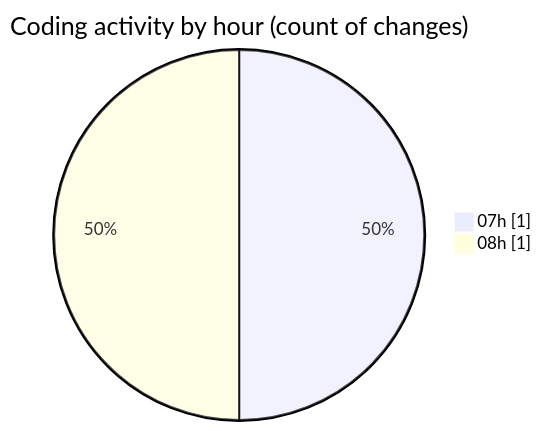
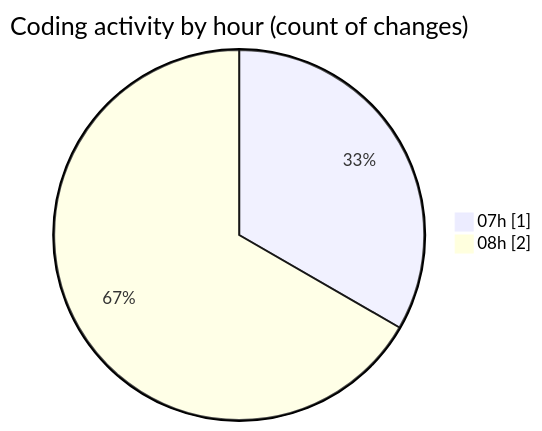
One commit to vahidmafi/code-tracking changed the second of 2 diagrams in 2025-01-24/zeytoon/README.md. Above: the diagram before and after it, drawn with Mermaid. The commit also changed other lines of this file and 1 other file, not shown here.

````diff
--- a/2025-01-24/zeytoon/README.md
+++ b/2025-01-24/zeytoon/README.md
@@ -30,6 +30,6 @@
 ```mermaid
 pie showData
 title Coding activity by hour (count of changes)
 "07h" : 1
-"08h" : 1
+"08h" : 2
 ```
````
